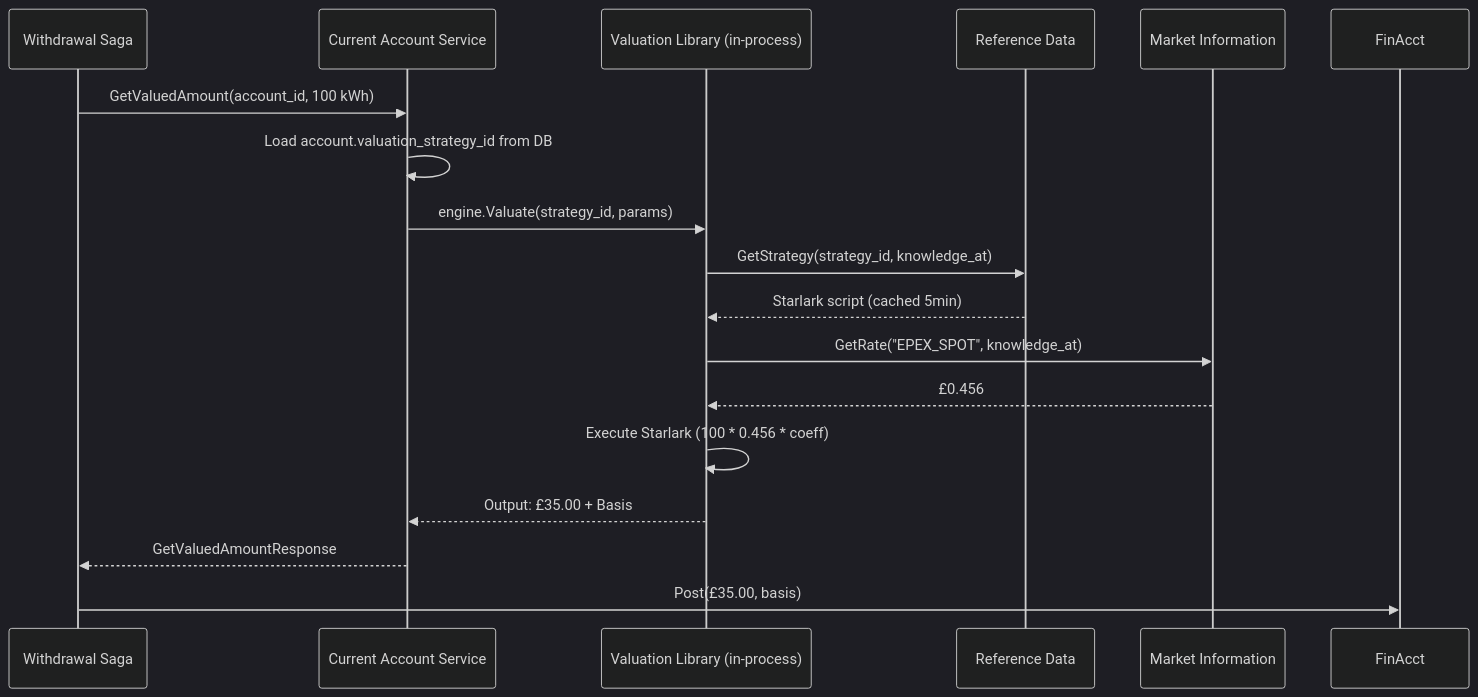
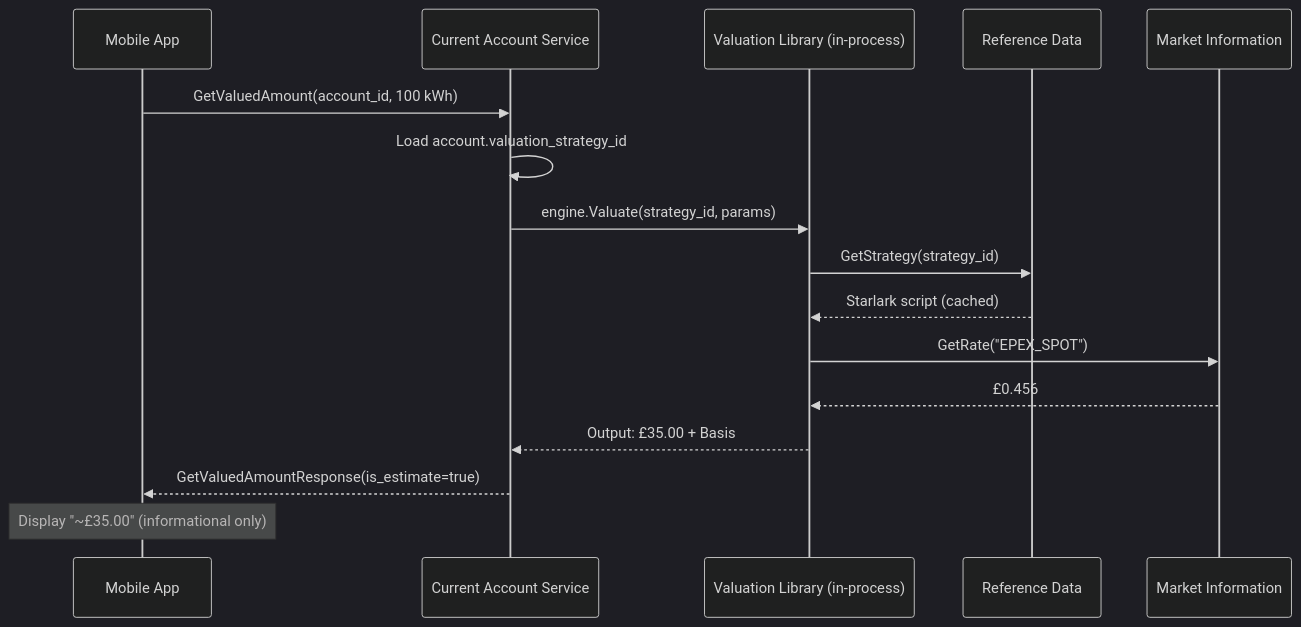
The second of 2 diagrams in docs/prd/valuation-service.md (meridianhub/meridian), drawn with Mermaid (dark theme) before and after one commit. The commit also changed other lines of this file, not shown here.

First line of the commit message:
docs: add atomic valuation with price lock (v2.2) - eliminate TOCTOU race

````diff
--- a/docs/prd/valuation-service.md
+++ b/docs/prd/valuation-service.md
@@ -403,26 +655,22 @@
 ```mermaid
 sequenceDiagram
-    participant Saga as Withdrawal Saga
+    participant App as Mobile App
     participant Account as Current Account Service
     participant Lib as Valuation Library (in-process)
     participant Ref as Reference Data
     participant MIM as Market Information
 
-    Saga->>Account: GetValuedAmount(account_id, 100 kWh)
-    Account->>Account: Load account.valuation_strategy_id from DB
+    App->>Account: GetValuedAmount(account_id, 100 kWh)
+    Account->>Account: Load account.valuation_strategy_id
 
     Account->>Lib: engine.Valuate(strategy_id, params)
-
-    Lib->>Ref: GetStrategy(strategy_id, knowledge_at)
-    Ref-->>Lib: Starlark script (cached 5min)
-
-    Lib->>MIM: GetRate("EPEX_SPOT", knowledge_at)
+    Lib->>Ref: GetStrategy(strategy_id)
+    Ref-->>Lib: Starlark script (cached)
+    Lib->>MIM: GetRate("EPEX_SPOT")
     MIM-->>Lib: £0.456
-
-    Lib->>Lib: Execute Starlark (100 * 0.456 * coeff)
     Lib-->>Account: Output: £35.00 + Basis
 
-    Account-->>Saga: GetValuedAmountResponse
+    Account-->>App: GetValuedAmountResponse(is_estimate=true)
 
-    Saga->>FinAcct: Post(£35.00, basis)
+    Note over App: Display "~£35.00" (informational only)
 ```
````
